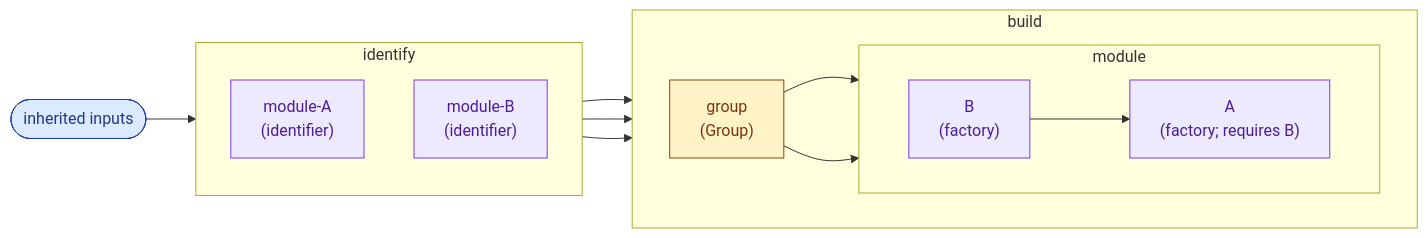
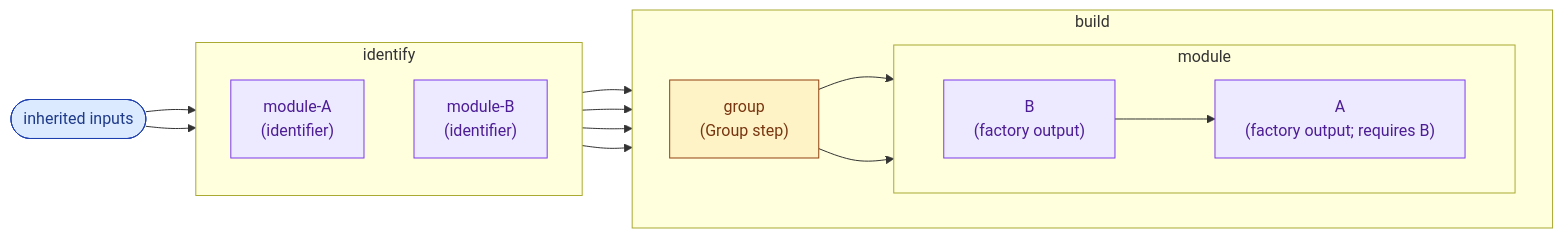
One commit to raphw/jenesis changed the third of 5 diagrams in README.md. Above: the diagram before and after it, drawn with Mermaid. The commit also changed other lines of this file, not shown here.

Commit message:
Attempt to draw graphs.

````diff
--- a/README.md
+++ b/README.md
@@ -205,28 +205,30 @@
 ```mermaid
 flowchart LR
   classDef input fill:#dbeafe,stroke:#1e40af,color:#1e3a8a;
   classDef step fill:#fef3c7,stroke:#92400e,color:#78350f;
   classDef module fill:#ede9fe,stroke:#7c3aed,color:#4c1d95;
   inh(["inherited inputs"]):::input
-  subgraph identify
+  subgraph "identify"
     direction TB
     idA["module-A<br/>(identifier)"]:::module
     idB["module-B<br/>(identifier)"]:::module
   end
-  subgraph build
+  subgraph "build"
     direction LR
-    group["group<br/>(Group)"]:::step
+    group["group<br/>(Group step)"]:::step
     subgraph "module"
       direction LR
-      projB["B<br/>(factory)"]:::module
-      projA["A<br/>(factory; requires B)"]:::module
+      projB["B<br/>(factory output)"]:::module
+      projA["A<br/>(factory output; requires B)"]:::module
       projB --> projA
     end
     group --> projA
     group --> projB
   end
-  inh --> identify
-  identify --> group
-  identify --> projA
-  identify --> projB
+  inh --> idA
+  inh --> idB
+  idA --> group
+  idB --> group
+  idA --> projA
+  idB --> projB
 ```
````
